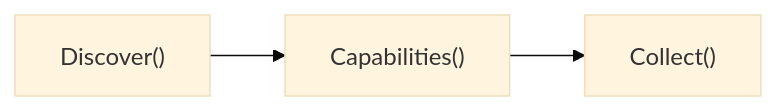
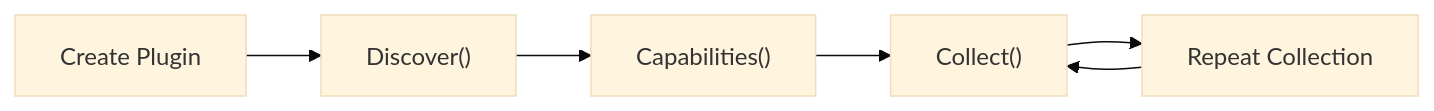
Before and after one commit to hdimmfh/xpu-monitor-agent: the second of 3 diagrams in docs/01-plugin-api.md, drawn with Mermaid (base theme). The commit also changed other lines of this file, not shown here.

````diff
--- a/docs/01-plugin-api.md
+++ b/docs/01-plugin-api.md
@@ -27,9 +277,14 @@
 ```mermaid
 flowchart LR
+    CREATE["Create Plugin"]
+    DISCOVER["Discover()"]
+    CAPABILITIES["Capabilities()"]
+    COLLECT["Collect()"]
+    REPEAT["Repeat Collection"]
 
-    Discover["Discover()"]
-    Capabilities["Capabilities()"]
-    Collect["Collect()"]
-
-    Discover --> Capabilities --> Collect
+    CREATE --> DISCOVER
+    DISCOVER --> CAPABILITIES
+    CAPABILITIES --> COLLECT
+    COLLECT --> REPEAT
+    REPEAT --> COLLECT
 ```
````
